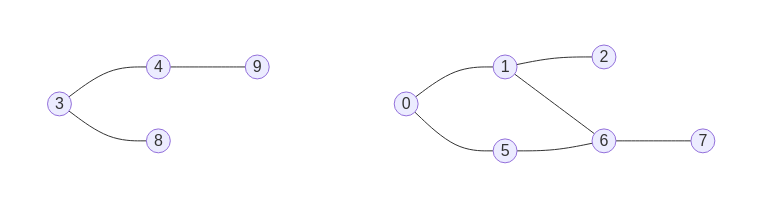
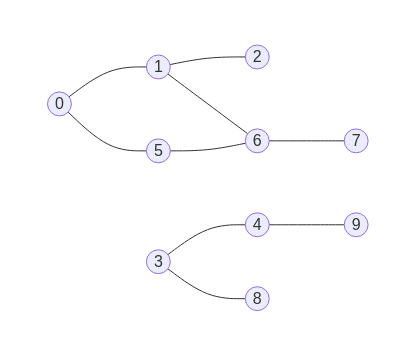
One commit to tmtxt/tmtxt.github.com changed the first of 6 diagrams in _posts/2022-09-03-dynamic-connectivity-union-find-summary.md. Above: the diagram before and after it, drawn with Mermaid. The commit also changed other lines of this file, not shown here.

```diff
--- a/_posts/2022-09-03-dynamic-connectivity-union-find-summary.md
+++ b/_posts/2022-09-03-dynamic-connectivity-union-find-summary.md
@@ -24,18 +24,13 @@
 <div class="mermaid">
 graph TB
   subgraph A[ ]
-    direction LR
     0((0)) --- 1((1)) --- 2((2))
     5((5)) --- 6((6)) --- 7((7))
     0 --- 5
     1 --- 6
-  end
-  subgraph B[ ]
-    direction LR
     3((3)) --- 4((4))
     3 --- 8((8))
     4 --- 9((9))
   end
   style A fill:none,stroke:none
-  style B fill:none,stroke:none
 </div>
```
